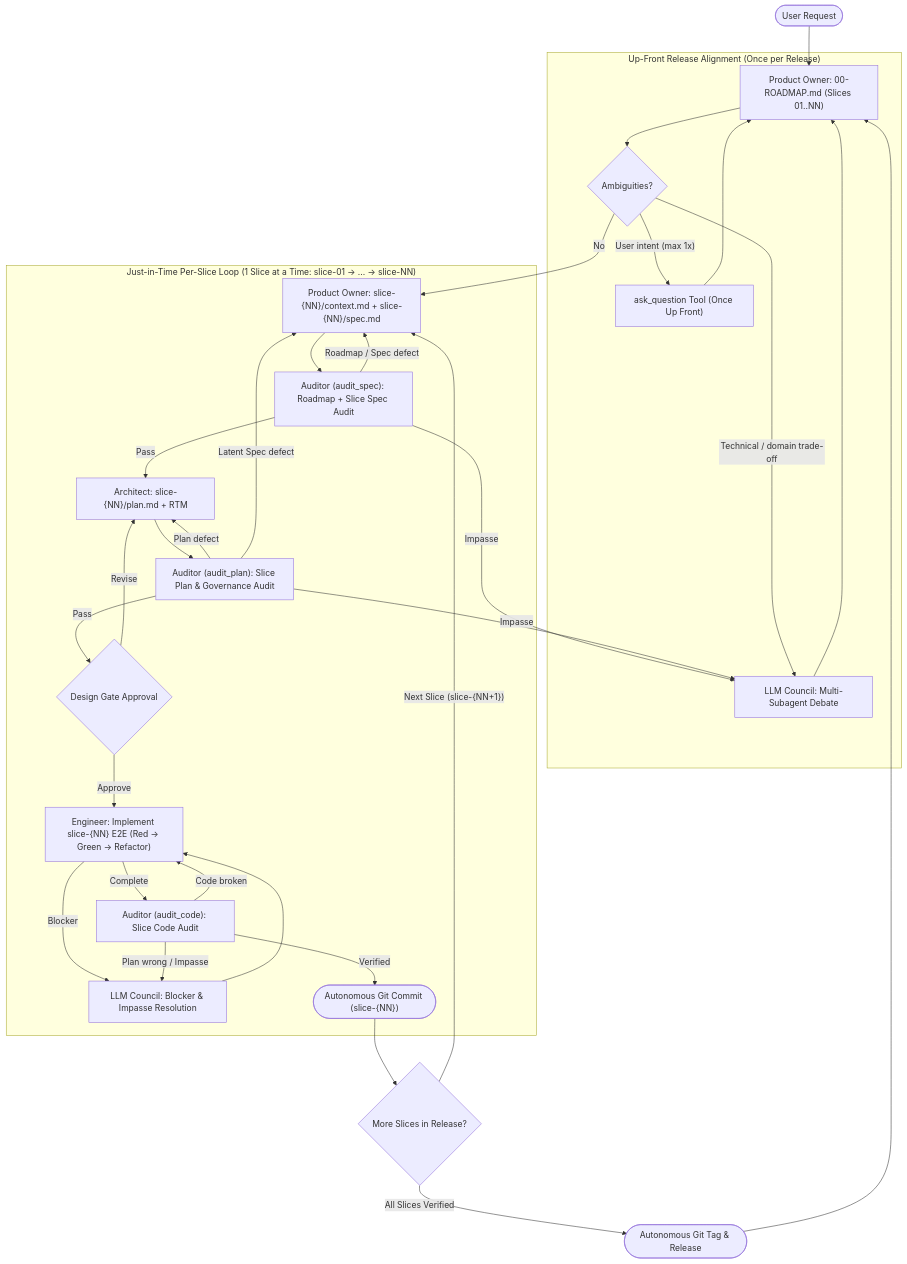
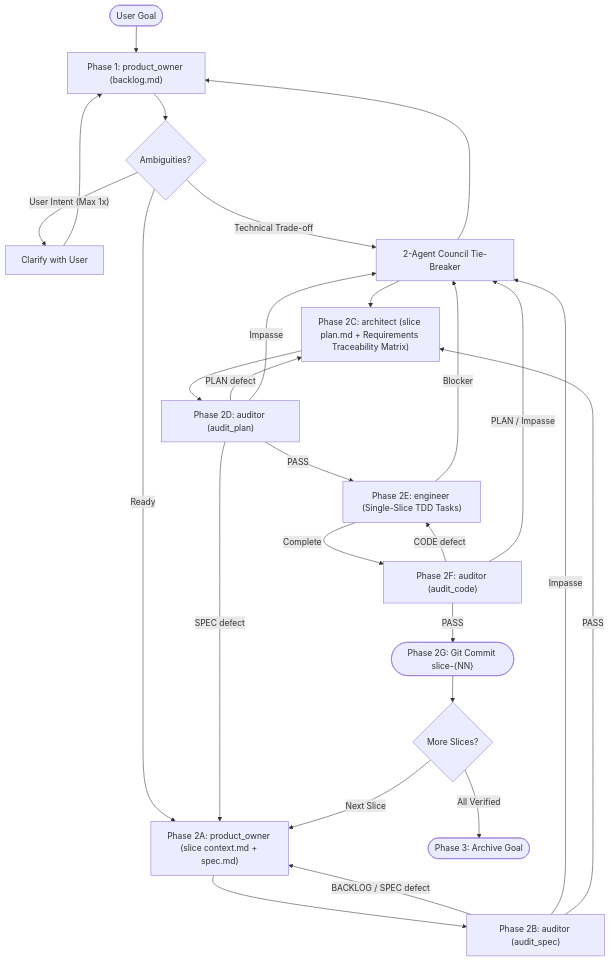
Before and after one commit to jjdelorme/plan-commands: the first of 2 diagrams in README.md, drawn with Mermaid. The commit also changed other lines of this file and 9 other files, not shown here.

Commit message:
refactor(asdlc): rename swarm to asdlc, simplify agents, and standardize Goal -> Backlog -> Slice -> Task (v4.4.0)

````diff
--- a/README.md
+++ b/README.md
@@ -79,52 +80,25 @@
 ```mermaid
 graph TD
-    subgraph "Up-Front Release Alignment (Once per Release)"
-        PORoadmap["Product Owner: 00-ROADMAP.md (Slices 01..NN)"]
-        Questions{"Ambiguities?"}
-        AskUser["ask_question Tool (Once Up Front)"]
-        Council1["LLM Council: Multi-Subagent Debate"]
-    end
-
-    subgraph "Just-in-Time Per-Slice Loop (1 Slice at a Time: slice-01 -> ... -> slice-NN)"
-        POSlice["Product Owner: slice-{NN}/context.md + slice-{NN}/spec.md"]
-        SpecAudit["Auditor (audit_spec): Roadmap + Slice Spec Audit"]
-        Architect["Architect: slice-{NN}/plan.md + RTM"]
-        PlanAudit["Auditor (audit_plan): Slice Plan & Governance Audit"]
-        Review{"Design Gate Approval"}
-        Engineer["Engineer: Implement slice-{NN} E2E (Red -> Green -> Refactor)"]
-        Council2["LLM Council: Blocker & Impasse Resolution"]
-        CodeAudit["Auditor (audit_code): Slice Code Audit"]
-        Commit(["Autonomous Git Commit (slice-{NN})"])
-    end
-
-    Start(["User Request"]) --> PORoadmap
-    PORoadmap --> Questions
-    Questions -- "User intent (max 1x)" --> AskUser --> PORoadmap
-    Questions -- "Technical / domain trade-off" --> Council1 --> PORoadmap
-    Questions -- "No" --> POSlice
-
-    POSlice --> SpecAudit
-    SpecAudit -- "Roadmap / Spec defect" --> POSlice
-    SpecAudit -- "Impasse" --> Council1
-    SpecAudit -- "Pass" --> Architect
-
-    Architect --> PlanAudit
-    PlanAudit -- "Plan defect" --> Architect
-    PlanAudit -- "Latent Spec defect" --> POSlice
-    PlanAudit -- "Impasse" --> Council1
-    PlanAudit -- "Pass" --> Review
-
-    Review -- "Revise" --> Architect
-    Review -- "Approve" --> Engineer
-
-    Engineer -- "Blocker" --> Council2 --> Engineer
-    Engineer -- "Complete" --> CodeAudit
-    CodeAudit -- "Code broken" --> Engineer
-    CodeAudit -- "Plan wrong / Impasse" --> Council2
-    CodeAudit -- "Verified" --> Commit
-
-    Commit --> CheckRelease{"More Slices in Release?"}
-    CheckRelease -- "Next Slice (slice-{NN+1})" --> POSlice
-    CheckRelease -- "All Slices Verified" --> Tag(["Autonomous Git Tag & Release"])
-    Tag --> PORoadmap
+    Start(["User Goal"]) --> POBacklog["Phase 1: product_owner (backlog.md)"]
+    POBacklog --> Questions{"Ambiguities?"}
+    Questions -- "User Intent (Max 1x)" --> AskUser["Clarify with User"] --> POBacklog
+    Questions -- "Technical Trade-off" --> Council["2-Agent Council Tie-Breaker"] --> POBacklog
+    Questions -- "Ready" --> POSlice["Phase 2A: product_owner (slice context.md + spec.md)"]
+    POSlice --> SpecAudit["Phase 2B: auditor (audit_spec)"]
+    SpecAudit -- "BACKLOG / SPEC defect" --> POSlice
+    SpecAudit -- "Impasse" --> Council
+    SpecAudit -- "PASS" --> Architect["Phase 2C: architect (slice plan.md + Requirements Traceability Matrix)"]
+    Architect --> PlanAudit["Phase 2D: auditor (audit_plan)"]
+    PlanAudit -- "PLAN defect" --> Architect
+    PlanAudit -- "SPEC defect" --> POSlice
+    PlanAudit -- "Impasse" --> Council
+    PlanAudit -- "PASS" --> Engineer["Phase 2E: engineer (Single-Slice TDD Tasks)"]
+    Engineer -- "Blocker" --> Council --> Architect
+    Engineer -- "Complete" --> CodeAudit["Phase 2F: auditor (audit_code)"]
+    CodeAudit -- "CODE defect" --> Engineer
+    CodeAudit -- "PLAN / Impasse" --> Council
+    CodeAudit -- "PASS" --> Commit(["Phase 2G: Git Commit slice-{NN}"])
+    Commit --> MoreSlices{"More Slices?"}
+    MoreSlices -- "Next Slice" --> POSlice
+    MoreSlices -- "All Verified" --> Archive(["Phase 3: Archive Goal"])
 ```
````
